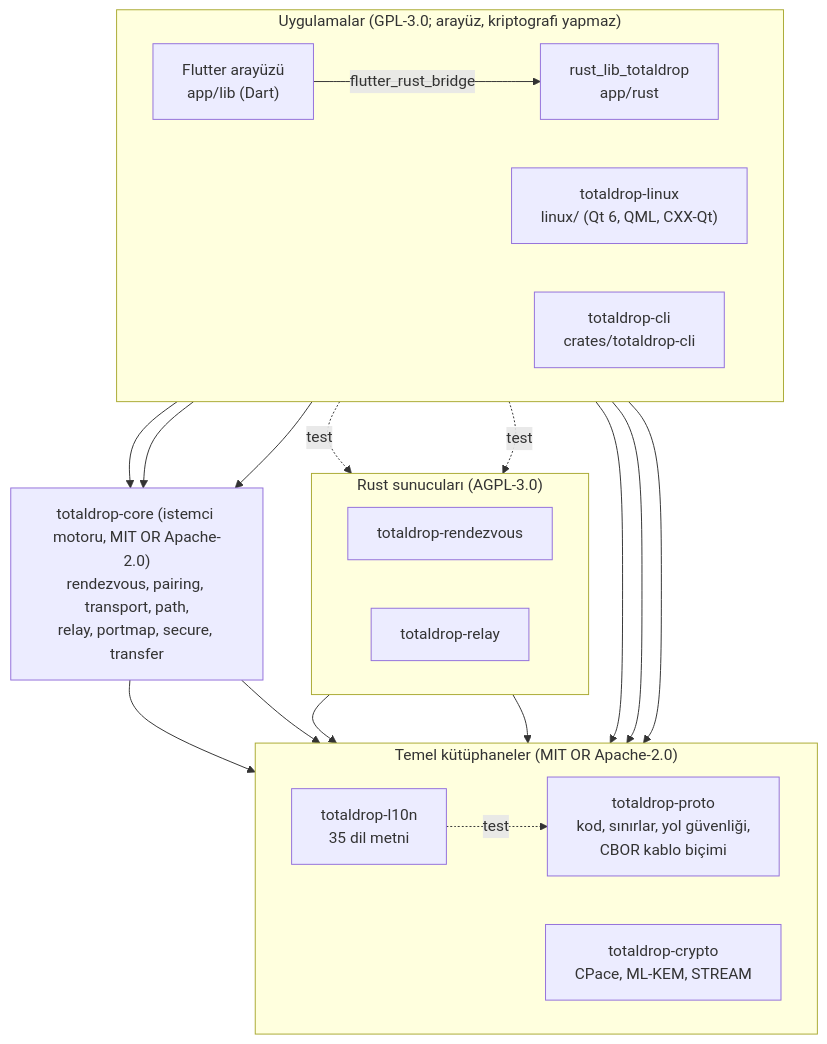
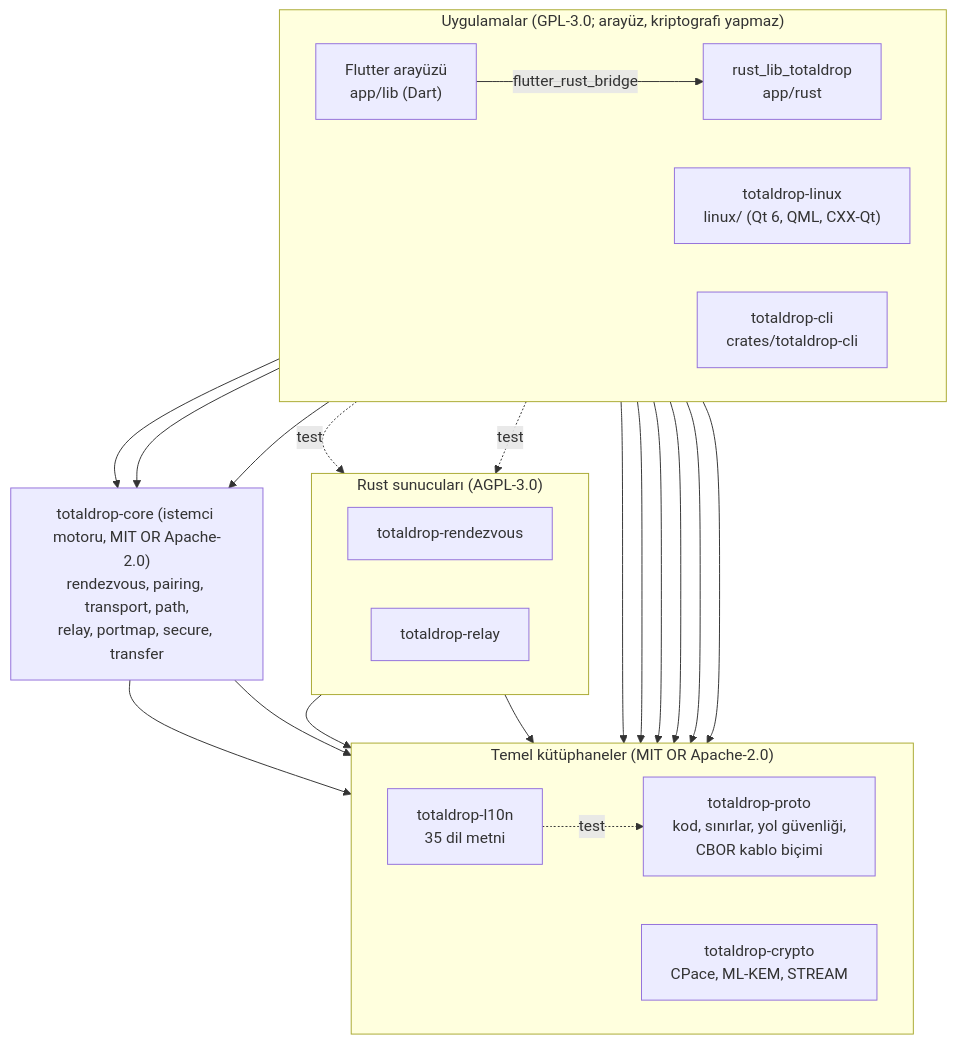
The first of 3 diagrams in docs/ARCHITECTURE.md (totaldrop-app/totaldrop), drawn with Mermaid before and after one commit. The commit also changed other lines of this file and 9 other files, not shown here.

First line of the commit message:
fix: act on Sadık's review of the architecture map (#431)

````diff
--- a/docs/ARCHITECTURE.md
+++ b/docs/ARCHITECTURE.md
@@ -34,37 +40,41 @@
 ```mermaid
+%% layers
 flowchart TB
   subgraph UI["Uygulamalar (GPL-3.0; arayüz, kriptografi yapmaz)"]
     direction LR
     DART["Flutter arayüzü<br/>app/lib (Dart)"]
     AND["rust_lib_totaldrop<br/>app/rust"]
     LNX["totaldrop-linux<br/>linux/ (Qt 6, QML, CXX-Qt)"]
     CLI["totaldrop-cli<br/>crates/totaldrop-cli"]
   end
   CORE["totaldrop-core (istemci motoru, MIT OR Apache-2.0)<br/>rendezvous, pairing, transport, path,<br/>relay, portmap, secure, transfer"]
   subgraph BASE["Temel kütüphaneler (MIT OR Apache-2.0)"]
     direction LR
     L10N["totaldrop-l10n<br/>35 dil metni"]
     CRYPTO["totaldrop-crypto<br/>CPace, ML-KEM, STREAM"]
     PROTO["totaldrop-proto<br/>kod, sınırlar, yol güvenliği,<br/>CBOR kablo biçimi"]
   end
   subgraph SRV["Rust sunucuları (AGPL-3.0)"]
     direction LR
     RZR["totaldrop-rendezvous"]
     RLR["totaldrop-relay"]
   end
 
   DART -- "flutter_rust_bridge" --> AND
   AND --> CORE
   LNX --> CORE
   CLI --> CORE
   AND --> L10N
   LNX --> L10N
   CLI --> L10N
+  AND --> PROTO
+  LNX --> PROTO
+  CLI --> PROTO
   CORE --> CRYPTO
   CORE --> PROTO
   RZR --> PROTO
   RLR --> PROTO
   CLI -. "test" .-> RZR
   CLI -. "test" .-> RLR
   L10N -. "test" .-> PROTO
 ```
````
